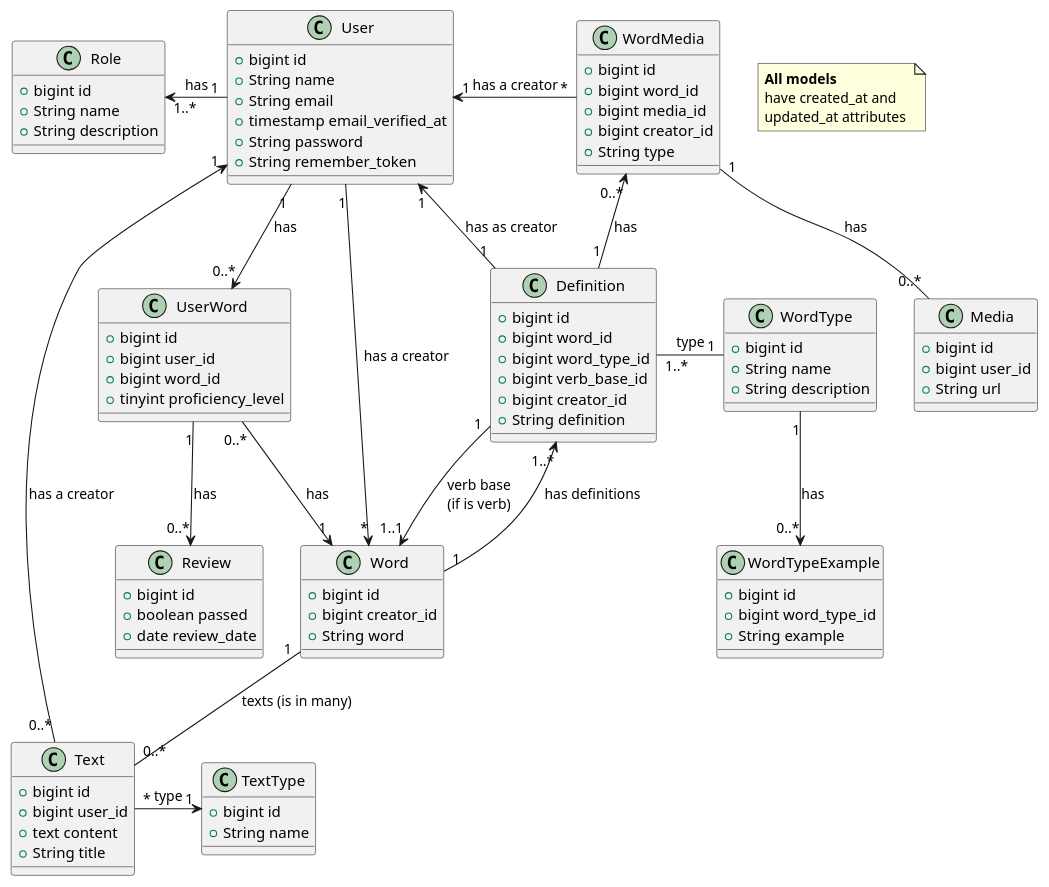
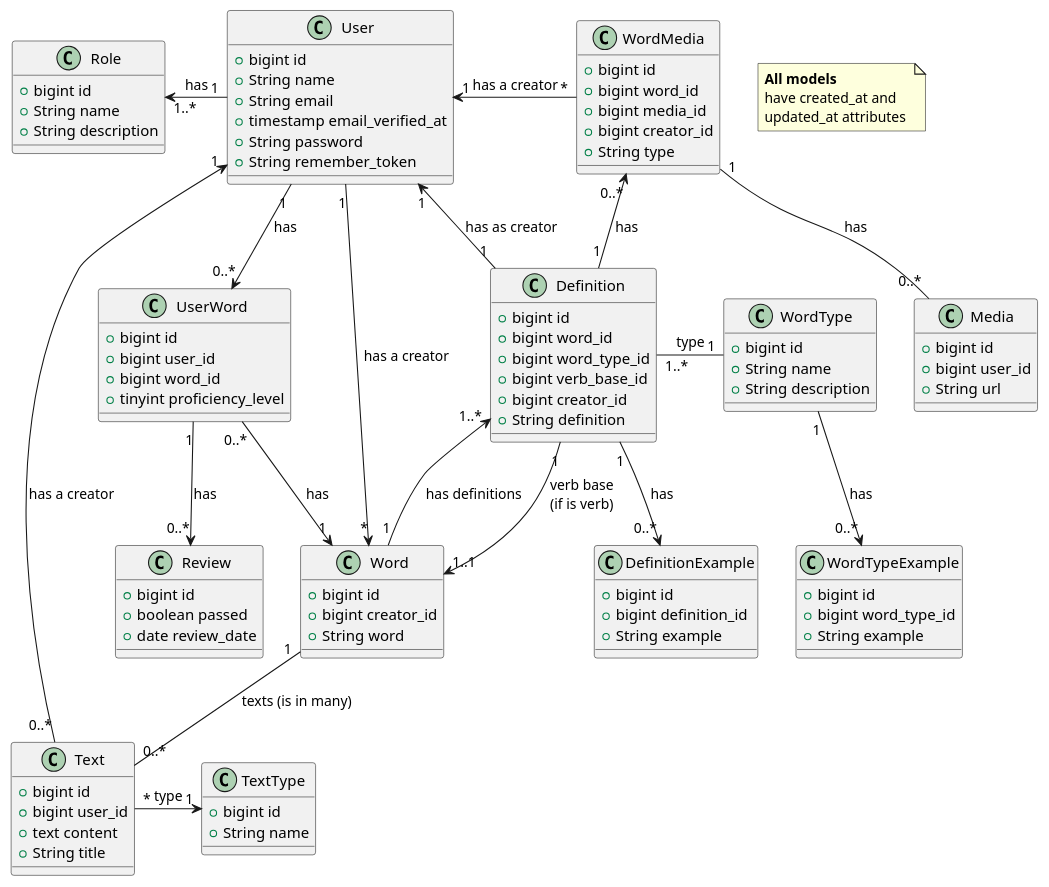
One commit to jfcodiaz/my-vocabulary-api changed the diagram in docs/entities.wsd. Above: the diagram before and after it, drawn with PlantUML. The commit also changed 10 other files, not shown here.

```diff
--- a/docs/entities.wsd
+++ b/docs/entities.wsd
@@ -1,104 +1,111 @@
  @startuml Entities
 
     class UserWord {
         +bigint id
         +bigint user_id
         +bigint word_id
         +tinyint proficiency_level
     }
 
     class Definition {
         +bigint id
         +bigint word_id
         +bigint word_type_id
         +bigint verb_base_id
         +bigint creator_id
         +String definition
+    }
+
+    class DefinitionExample {
+        +bigint id
+        +bigint definition_id
+        +String example
     }
 
     class Word {
         +bigint id
         +bigint creator_id
         +String word
     }
 
     class WordMedia {
         +bigint id
         +bigint word_id
         +bigint media_id
         +bigint creator_id
         +String type
     }
 
     class User {
         +bigint id
         +String name
         +String email
         +timestamp email_verified_at
         +String password
         +String remember_token
     }
 
     class Review {
         +bigint id
         +boolean passed
         +date review_date
     }
 
     class Text {
         +bigint id
         +bigint user_id
         +text content
         +String title
     }
 
     class TextType {
         +bigint id
         +String name
     }
 
     class Media {
         +bigint id
         +bigint user_id
         +String url
     }
 
 
 
     class Role {
         +bigint id
         +String name
         +String description
     }
 
     class WordType {
         +bigint id
         +String name
         +String description
     }
 
     class WordTypeExample {
         +bigint id
         +bigint word_type_id
         +String example
     }
 
     note "<b>All models</b> \nhave created_at and \nupdated_at attributes " as N1
 
     WordType "1" --> "0..*" WordTypeExample : has
     User "1" <-- "0..*" Text : has a creator
     Text "*" -right-> "1" TextType : type
     User "1" --> "0..*" UserWord : has
     UserWord "1" -down-> "0..*" Review : has
     Word "1" --> "1..*" Definition :  has definitions
     Word "1" -- "0..*" Text : texts (is in many)
     Word "1" <-left- "0..*" UserWord : has
     WordType "1" -left- "1..*" Definition : type
     WordMedia "1" -- "0..*" Media : has
     WordMedia "*" -left-> "1" User : has a creator
     Definition "1" -up-> "0..*" WordMedia : has
     User "1" -left-> "1..*" Role : has
     Definition "1" --> "1..1" Word : verb base\n(if is verb)
     Definition "1" --> "1" User : has as creator
     Word "*" <-up- "1" User: has a creator
+    Definition "1" -down-> "0..*" DefinitionExample : has
 @enduml
```
